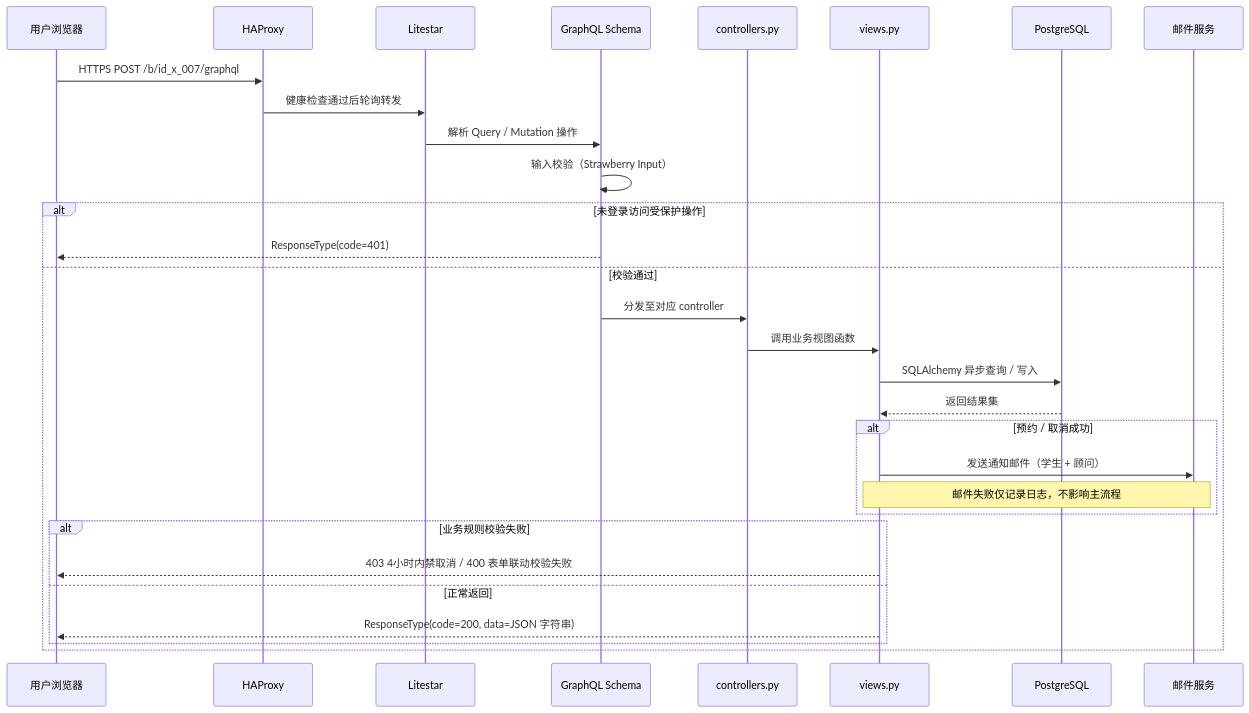
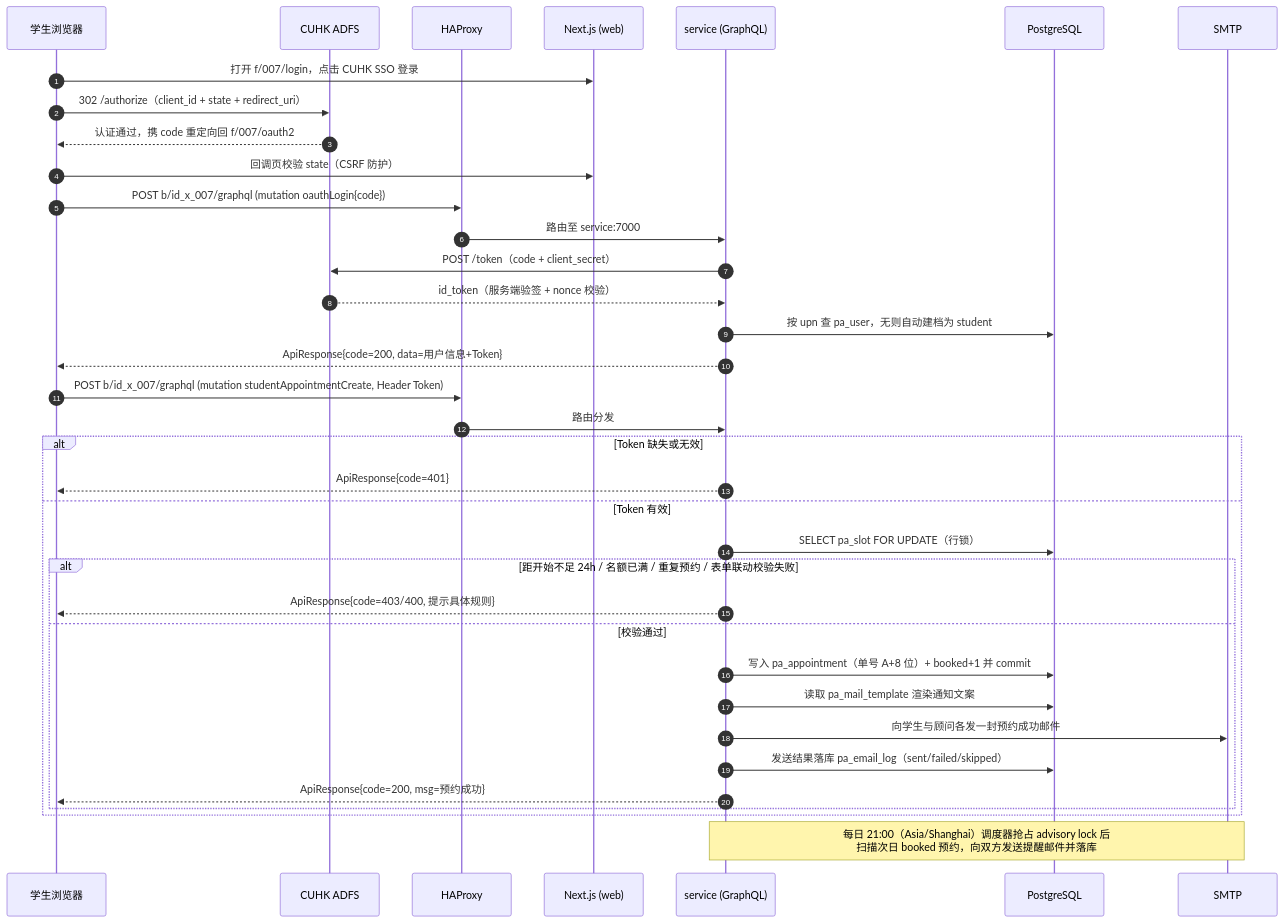
One commit to i-TorchLabs/id_x_007 changed the second of 2 diagrams in README.md. Above: the diagram before and after it, drawn with Mermaid. The commit also changed other lines of this file and 134 other files, not shown here.

````diff
--- a/README.md
+++ b/README.md
@@ -108,33 +128,41 @@
 ```mermaid
 sequenceDiagram
-    participant U as 用户浏览器
+    autonumber
+    participant B as 学生浏览器
+    participant A as CUHK ADFS
     participant H as HAProxy
-    participant L as Litestar
-    participant G as GraphQL Schema
-    participant C as controllers.py
-    participant V as views.py
+    participant W as Next.js (web)
+    participant S as service (GraphQL)
     participant D as PostgreSQL
-    participant M as 邮件服务
+    participant M as SMTP
 
-    U->>H: HTTPS POST /b/id_x_007/graphql
-    H->>L: 健康检查通过后轮询转发
-    L->>G: 解析 Query / Mutation 操作
-    G->>G: 输入校验（Strawberry Input）
-    alt 未登录访问受保护操作
-        G-->>U: ResponseType(code=401)
-    else 校验通过
-        G->>C: 分发至对应 controller
-        C->>V: 调用业务视图函数
-        V->>D: SQLAlchemy 异步查询 / 写入
-        D-->>V: 返回结果集
-        alt 预约 / 取消成功
-            V->>M: 发送通知邮件（学生 + 顾问）
-            Note over V,M: 邮件失败仅记录日志，不影响主流程
-        end
-        alt 业务规则校验失败
-            V-->>U: 403 4小时内禁取消 / 400 表单联动校验失败
-        else 正常返回
-            V-->>U: ResponseType(code=200, data=JSON 字符串)
+    B->>W: 打开 f/007/login，点击 CUHK SSO 登录
+    B->>A: 302 /authorize（client_id + state + redirect_uri）
+    A-->>B: 认证通过，携 code 重定向回 f/007/oauth2
+    B->>W: 回调页校验 state（CSRF 防护）
+    B->>H: POST b/id_x_007/graphql (mutation oauthLogin{code})
+    H->>S: 路由至 service:7000
+    S->>A: POST /token（code + client_secret）
+    A-->>S: id_token（服务端验签 + nonce 校验）
+    S->>D: 按 upn 查 pa_user，无则自动建档为 student
+    S-->>B: ApiResponse{code=200, data=用户信息+Token}
+
+    B->>H: POST b/id_x_007/graphql (mutation studentAppointmentCreate, Header Token)
+    H->>S: 路由分发
+    alt Token 缺失或无效
+        S-->>B: ApiResponse{code=401}
+    else Token 有效
+        S->>D: SELECT pa_slot FOR UPDATE（行锁）
+        alt 距开始不足 24h / 名额已满 / 重复预约 / 表单联动校验失败
+            S-->>B: ApiResponse{code=403/400, 提示具体规则}
+        else 校验通过
+            S->>D: 写入 pa_appointment（单号 A+8 位）+ booked+1 并 commit
+            S->>D: 读取 pa_mail_template 渲染通知文案
+            S->>M: 向学生与顾问各发一封预约成功邮件
+            S->>D: 发送结果落库 pa_email_log（sent/failed/skipped）
+            S-->>B: ApiResponse{code=200, msg=预约成功}
         end
     end
+
+    Note over S,M: 每日 21:00（Asia/Shanghai）调度器抢占 advisory lock 后<br/>扫描次日 booked 预约，向双方发送提醒邮件并落库
 ```
````
